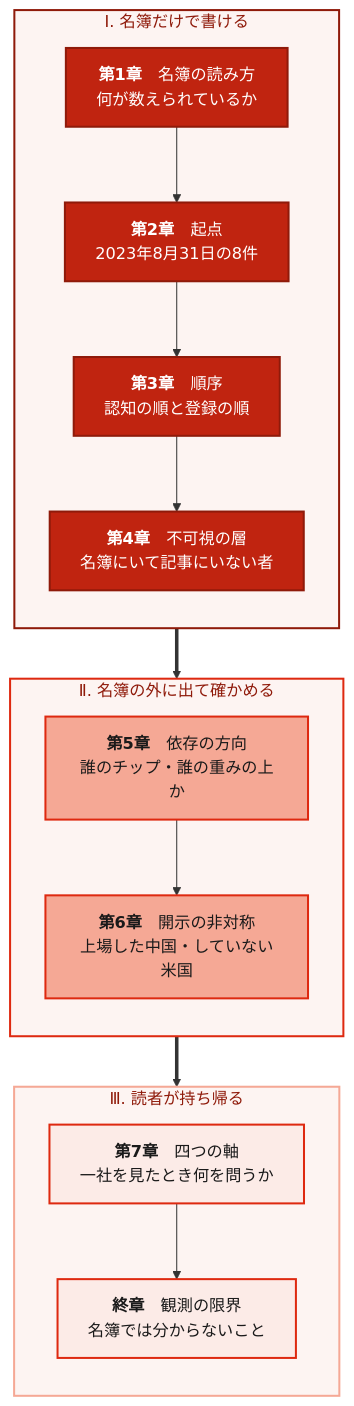
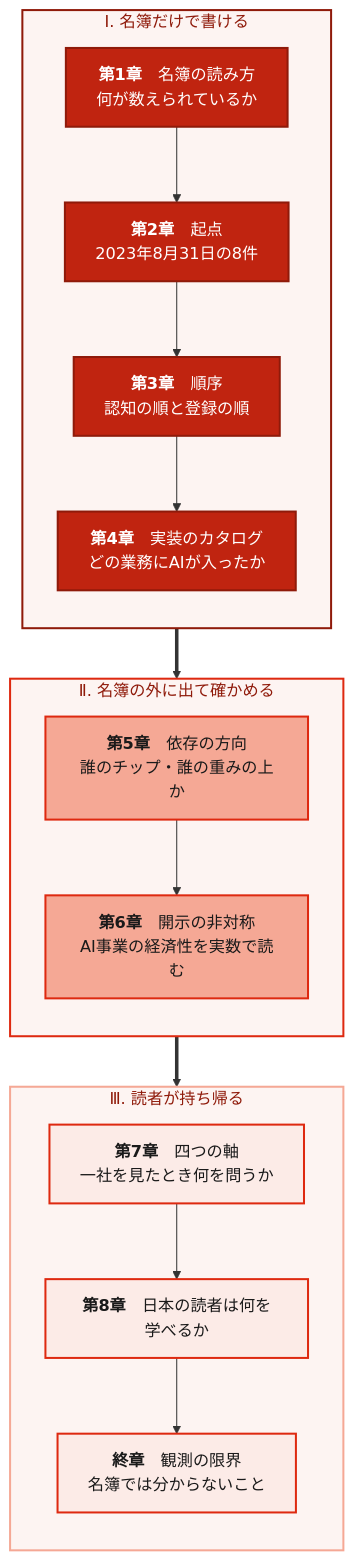
The second of 10 diagrams in docs/jp/the-china-ai-registry_JP.md (Leading-AI-IO/the-china-ai-registry), drawn with Mermaid before and after one commit. The commit also changed other lines of this file, not shown here.

````diff
--- a/docs/jp/the-china-ai-registry_JP.md
+++ b/docs/jp/the-china-ai-registry_JP.md
@@ -163,39 +157,40 @@
 ```mermaid
 flowchart TB
     subgraph L1["Ⅰ. 名簿だけで書ける"]
         direction TB
         A["<b>第1章</b>　名簿の読み方<br/>何が数えられているか"]
         B["<b>第2章</b>　起点<br/>2023年8月31日の8件"]
         C["<b>第3章</b>　順序<br/>認知の順と登録の順"]
-        D["<b>第4章</b>　不可視の層<br/>名簿にいて記事にいない者"]
+        D["<b>第4章</b>　実装のカタログ<br/>どの業務にAIが入ったか"]
         A --> B --> C --> D
     end
 
     subgraph L2["Ⅱ. 名簿の外に出て確かめる"]
         direction TB
         E["<b>第5章</b>　依存の方向<br/>誰のチップ・誰の重みの上か"]
-        F["<b>第6章</b>　開示の非対称<br/>上場した中国・していない米国"]
+        F["<b>第6章</b>　開示の非対称<br/>AI事業の経済性を実数で読む"]
         E --> F
     end
 
     subgraph L3["Ⅲ. 読者が持ち帰る"]
         direction TB
         G["<b>第7章</b>　四つの軸<br/>一社を見たとき何を問うか"]
-        H["<b>終章</b>　観測の限界<br/>名簿では分からないこと"]
-        G --> H
+        H["<b>第8章</b>　日本の読者は何を学べるか"]
+        I["<b>終章</b>　観測の限界<br/>名簿では分からないこと"]
+        G --> H --> I
     end
 
     L1 ==> L2 ==> L3
 
     classDef g1 fill:#8F1A0A,stroke:#6B1307,stroke-width:2px,color:#FFFFFF
     classDef g2 fill:#C02410,stroke:#8F1A0A,stroke-width:2px,color:#FFFFFF
     classDef g3 fill:#E8563C,stroke:#C02410,stroke-width:2px,color:#1A1A1A
     classDef g4 fill:#F5A895,stroke:#DE2910,stroke-width:2px,color:#1A1A1A
     classDef g5 fill:#FCEBE7,stroke:#DE2910,stroke-width:2px,color:#1A1A1A
     class A,B,C,D g2
     class E,F g4
-    class G,H g5
+    class G,H,I g5
     style L1 fill:#FDF4F2,stroke:#8F1A0A,stroke-width:2px,color:#8F1A0A
     style L2 fill:#FDF4F2,stroke:#DE2910,stroke-width:2px,color:#8F1A0A
     style L3 fill:#FDF4F2,stroke:#F5A895,stroke-width:2px,color:#8F1A0A
 ```
````
